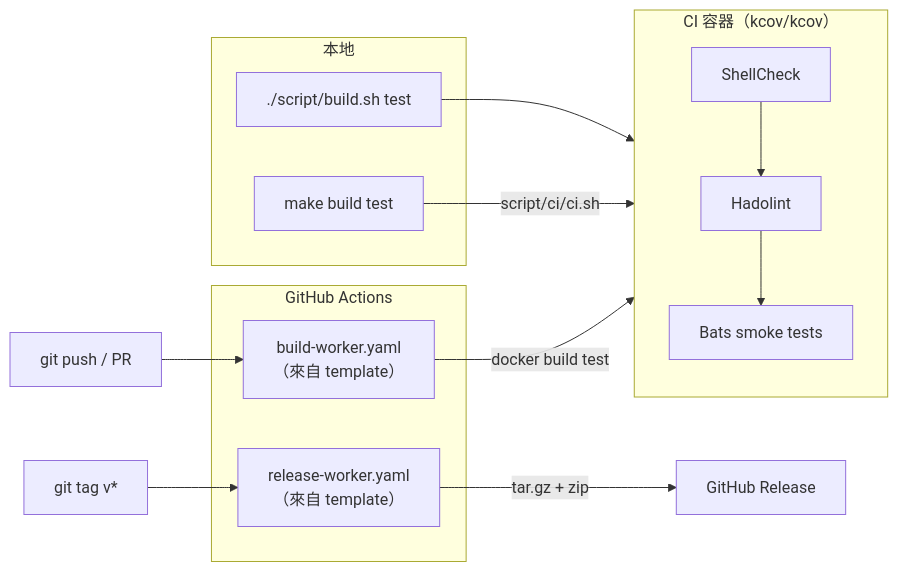
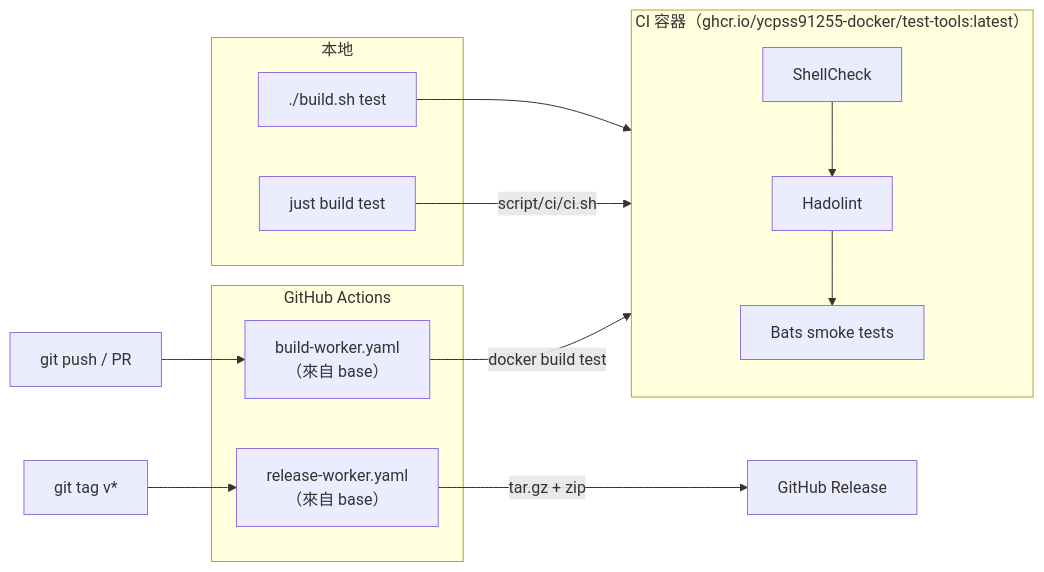
Before and after one commit to ycpss91255-docker/isaac: the second of 2 diagrams in .base/doc/readme/README.zh-TW.md, drawn with Mermaid. The commit also changed other lines of this file and 69 other files, not shown here.

First line of the commit message:
chore(base): upgrade .base subtree v0.40.0 -> v0.41.0 (make->just, runtime.env retired) (#124)

````diff
--- a/.base/doc/readme/README.zh-TW.md
+++ b/.base/doc/readme/README.zh-TW.md
@@ -81,27 +81,27 @@
 ```mermaid
 flowchart LR
     subgraph local["本地"]
-        build_test["./script/build.sh test"]
-        make_test["make build test"]
+        build_test["./build.sh test"]
+        make_test["just build test"]
     end
 
-    subgraph ci_container["CI 容器（kcov/kcov）"]
+    subgraph ci_container["CI 容器（ghcr.io/ycpss91255-docker/test-tools:latest）"]
         shellcheck["ShellCheck"]
         hadolint["Hadolint"]
         bats["Bats smoke tests"]
     end
 
     subgraph github["GitHub Actions"]
-        build_worker["build-worker.yaml<br/>（來自 template）"]
-        release_worker["release-worker.yaml<br/>（來自 template）"]
+        build_worker["build-worker.yaml<br/>（來自 base）"]
+        release_worker["release-worker.yaml<br/>（來自 base）"]
     end
 
     build_test --> ci_container
     make_test -->|"script/ci/ci.sh"| ci_container
     shellcheck --> hadolint --> bats
 
     push["git push / PR"] --> build_worker
     build_worker -->|"docker build test"| ci_container
     tag["git tag v*"] --> release_worker
     release_worker -->|"tar.gz + zip"| release["GitHub Release"]
 ```
````
